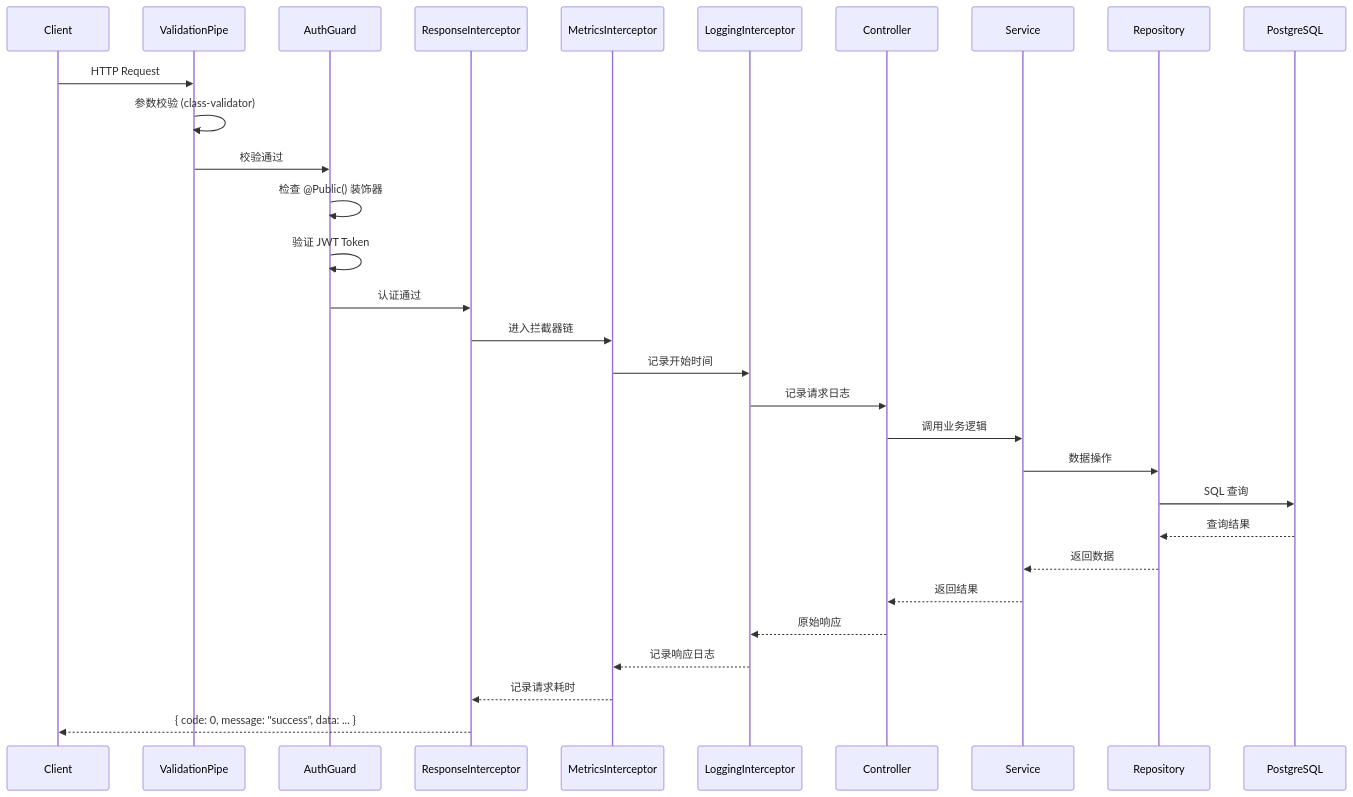
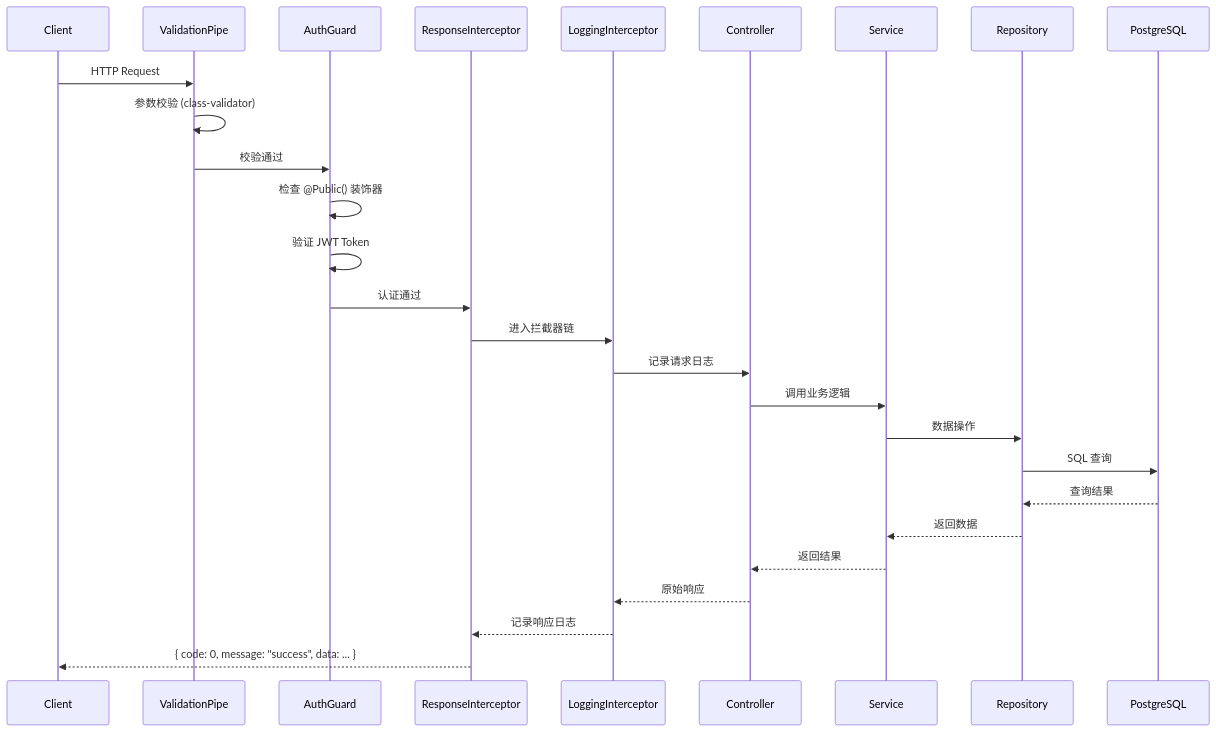
One commit to 1cli-team/one-cli changed the second of 3 diagrams in packages/templates/nestjs-api/README.md. Above: the diagram before and after it, drawn with Mermaid. The commit also changed other lines of this file and 167 other files, not shown here.

````diff
--- a/packages/templates/nestjs-api/README.md
+++ b/packages/templates/nestjs-api/README.md
@@ -85,33 +80,30 @@
 ```mermaid
 sequenceDiagram
     participant C as Client
     participant VP as ValidationPipe
     participant AG as AuthGuard
     participant RI as ResponseInterceptor
-    participant MI as MetricsInterceptor
     participant LI as LoggingInterceptor
     participant Ctrl as Controller
     participant Svc as Service
     participant Repo as Repository
     participant DB as PostgreSQL
 
     C->>VP: HTTP Request
     VP->>VP: 参数校验 (class-validator)
     VP->>AG: 校验通过
     AG->>AG: 检查 @Public() 装饰器
     AG->>AG: 验证 JWT Token
     AG->>RI: 认证通过
-    RI->>MI: 进入拦截器链
-    MI->>LI: 记录开始时间
+    RI->>LI: 进入拦截器链
     LI->>Ctrl: 记录请求日志
     Ctrl->>Svc: 调用业务逻辑
     Svc->>Repo: 数据操作
     Repo->>DB: SQL 查询
     DB-->>Repo: 查询结果
     Repo-->>Svc: 返回数据
     Svc-->>Ctrl: 返回结果
     Ctrl-->>LI: 原始响应
-    LI-->>MI: 记录响应日志
-    MI-->>RI: 记录请求耗时
+    LI-->>RI: 记录响应日志
     RI-->>C: { code: 0, message: "success", data: ... }
 ```
````
